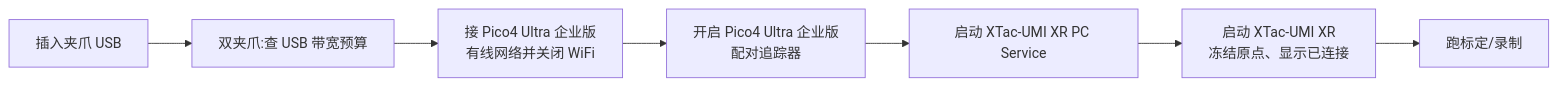
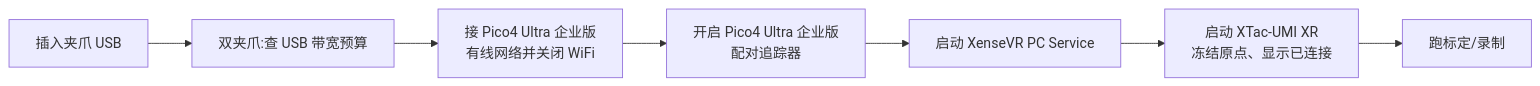
The diagram in docs/pc/index.md (XenseRobotics-AI/XTac-UMI-G1-Docs), drawn with Mermaid before and after one commit. The commit also changed other lines of this file and 20 other files, not shown here.

First line of the commit message:
docs: 撤回 XenseVR PC Service 的改名,只有头显 APP 叫 XTac-UMI XR

````diff
--- a/docs/pc/index.md
+++ b/docs/pc/index.md
@@ -43,9 +43,9 @@
 ```mermaid
 flowchart LR
     A[插入夹爪 USB] --> U[双夹爪:查 USB 带宽预算]
     U --> N[接 Pico4 Ultra 企业版<br/>有线网络并关闭 WiFi]
     N --> B[开启 Pico4 Ultra 企业版<br/>配对追踪器]
-    B --> D[启动 XTac-UMI XR PC Service]
+    B --> D[启动 XenseVR PC Service]
     D --> C[启动 XTac-UMI XR<br/>冻结原点、显示已连接]
     C --> E[跑标定/录制]
 ```
````
